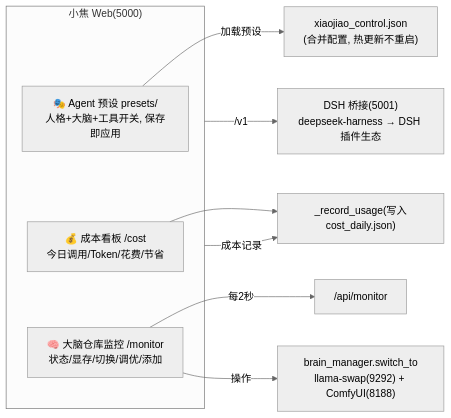
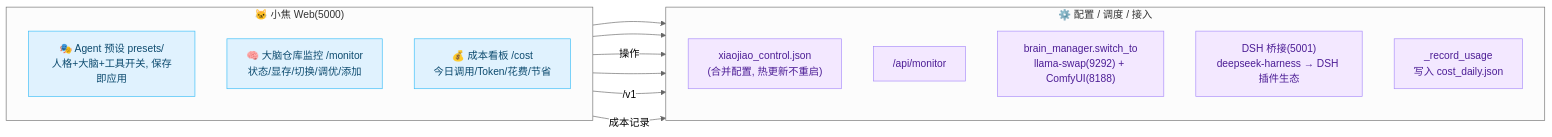
The second of 3 diagrams in docs/architecture.md (jiangchuangege/xiaojiao-harness), drawn with Mermaid (neutral theme) before and after one commit. The commit also changed other lines of this file and 1 other file, not shown here.

First line of the commit message:
docs: redesign all mermaid diagrams (layered, color-coded, cleaner)

````diff
--- a/docs/architecture.md
+++ b/docs/architecture.md
@@ -186,14 +200,30 @@
 ```mermaid
 flowchart LR
-    subgraph XJ["小焦 Web(5000)"]
+    subgraph XJ["🐱 小焦 Web(5000)"]
+        direction TB
         P["🎭 Agent 预设 presets/<br/>人格+大脑+工具开关, 保存即应用"]
         M["🧠 大脑仓库监控 /monitor<br/>状态/显存/切换/调优/添加"]
         COST["💰 成本看板 /cost<br/>今日调用/Token/花费/节省"]
     end
-    P -->|加载预设| C["xiaojiao_control.json<br/>(合并配置, 热更新不重启)"]
-    M -->|每2秒| A["/api/monitor"]
-    M -->|操作| B["brain_manager.switch_to<br/>llama-swap(9292) + ComfyUI(8188)"]
-    XJ -->|/v1| D["DSH 桥接(5001)<br/>deepseek-harness → DSH 插件生态"]
-    XJ -->|成本记录| J["_record_usage(写入cost_daily.json)"]
+
+    subgraph OP["⚙️ 配置 / 调度 / 接入"]
+        direction TB
+        C["xiaojiao_control.json<br/>(合并配置, 热更新不重启)"]
+        A["/api/monitor"]
+        B["brain_manager.switch_to<br/>llama-swap(9292) + ComfyUI(8188)"]
+        D["DSH 桥接(5001)<br/>deepseek-harness → DSH 插件生态"]
+        J["_record_usage<br/>写入 cost_daily.json"]
+    end
+
+    P --> C
+    M --> A
+    M -->|操作| B
+    XJ -->|/v1| D
+    XJ -->|成本记录| J
     COST --> J
+
+    classDef xj fill:#e0f2fe,stroke:#38bdf8,color:#0c4a6e;
+    classDef op fill:#f3e8ff,stroke:#a78bfa,color:#4c1d95;
+    class P,M,COST xj;
+    class C,A,B,D,J op;
 ```
````
